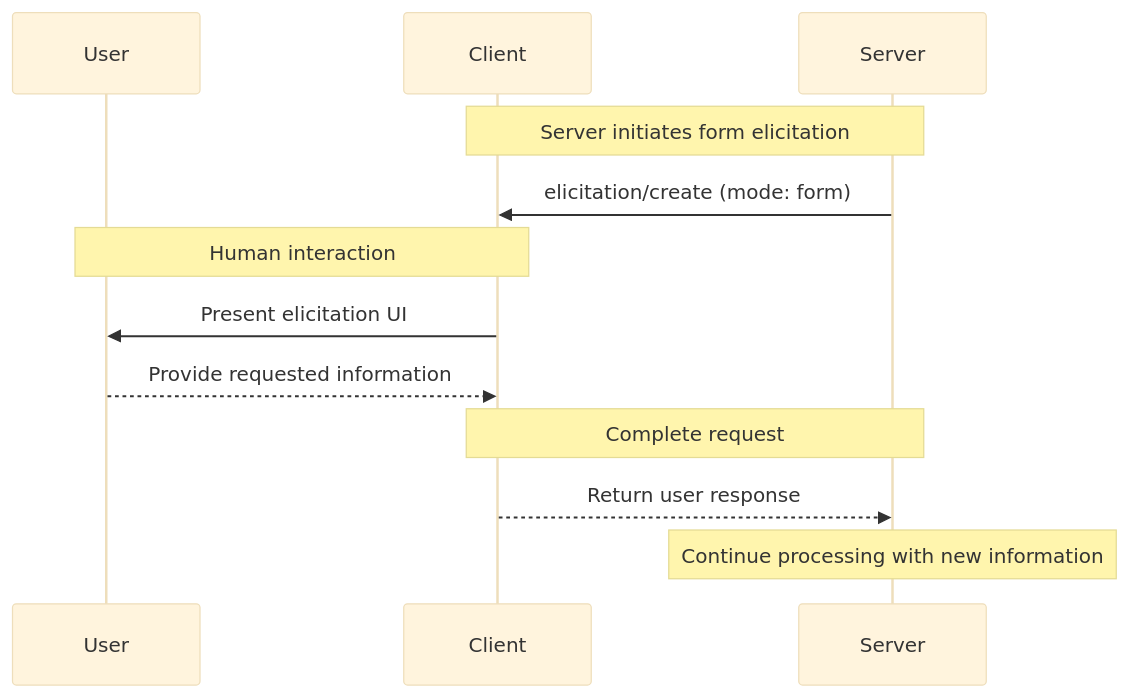
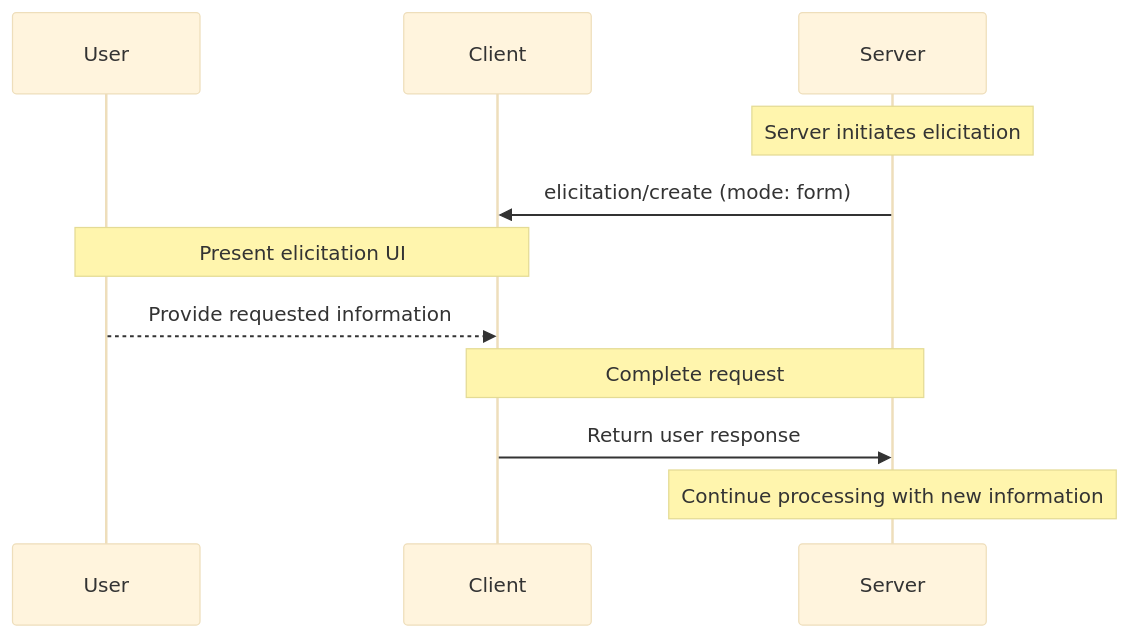
The first of 3 diagrams in docs/specification/draft/client/elicitation.mdx (ArcadeAI/modelcontextprotocol), drawn with Mermaid (base theme) before and after one commit. The commit also changed other lines of this file, not shown here.

Commit message:
WIP: elicitation revision

````diff
--- a/docs/specification/draft/client/elicitation.mdx
+++ b/docs/specification/draft/client/elicitation.mdx
@@ -325,18 +339,17 @@
 ```mermaid
 sequenceDiagram
     participant User
     participant Client
     participant Server
 
-    Note over Server,Client: Server initiates form elicitation
+    Note over Server: Server initiates elicitation
     Server->>Client: elicitation/create (mode: form)
 
-    Note over Client,User: Human interaction
-    Client->>User: Present elicitation UI
+    Note over User,Client: Present elicitation UI
     User-->>Client: Provide requested information
 
     Note over Server,Client: Complete request
-    Client-->>Server: Return user response
+    Client->>Server: Return user response
 
     Note over Server: Continue processing with new information
 ```
````
